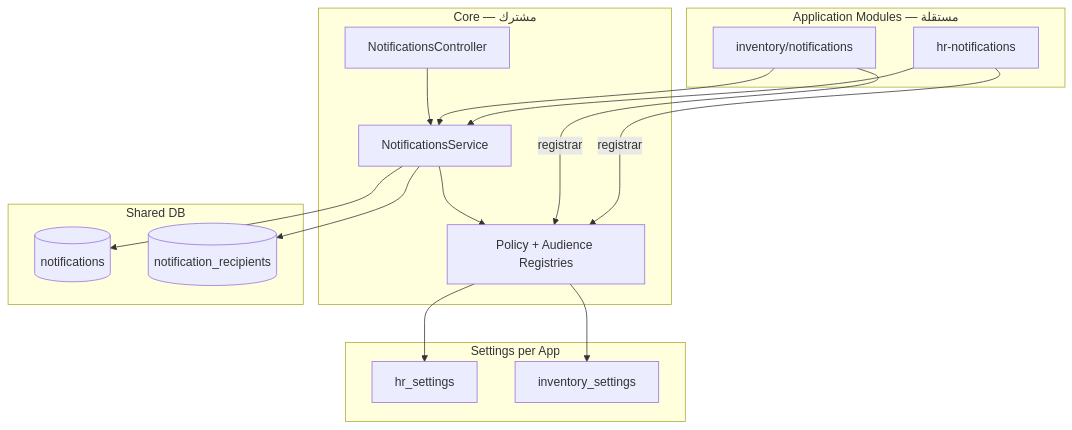
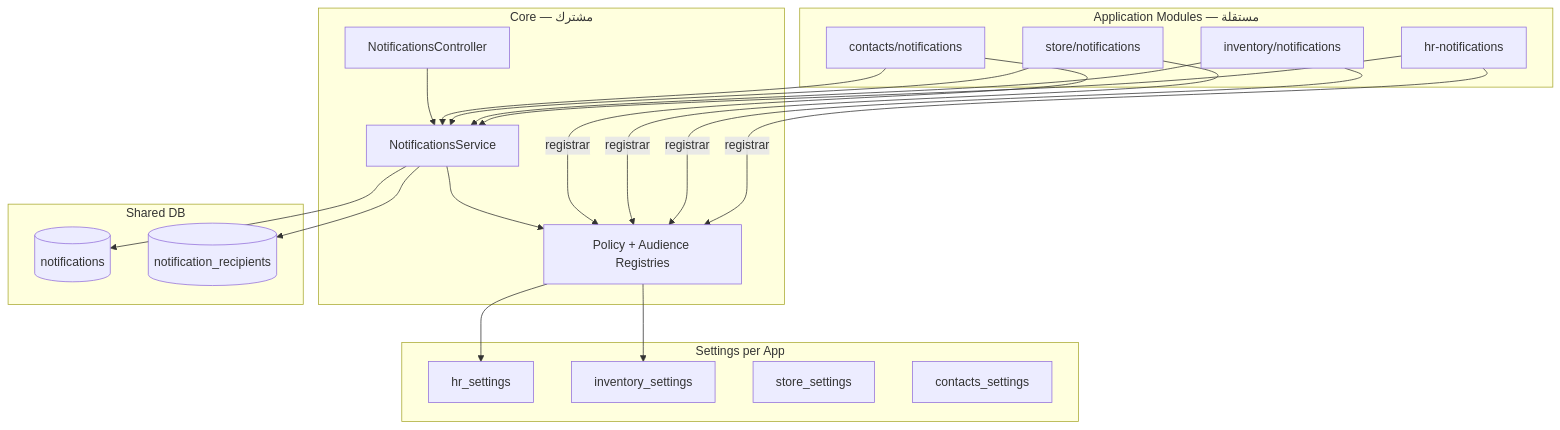
One commit to coderAhmedHamood/hr-frontend changed the diagram in notifications-erp-architecture-frontend.md. Above: the diagram before and after it, drawn with Mermaid. The commit also changed other lines of this file and 13 other files, not shown here.

````diff
--- a/notifications-erp-architecture-frontend.md
+++ b/notifications-erp-architecture-frontend.md
@@ -22,34 +23,42 @@
 ```mermaid
 flowchart TB
   subgraph apps [Application Modules — مستقلة]
     HR[hr-notifications]
     INV[inventory/notifications]
+    STO[store/notifications]
+    CNT[contacts/notifications]
   end
 
   subgraph core [Core — مشترك]
     NS[NotificationsService]
     NC[NotificationsController]
     REG[Policy + Audience Registries]
   end
 
   subgraph settings [Settings per App]
     HRS[hr_settings]
     INVS[inventory_settings]
+    STOS[store_settings]
+    CNTS[contacts_settings]
   end
 
   subgraph storage [Shared DB]
     N[(notifications)]
     NR[(notification_recipients)]
   end
 
   HR -->|registrar| REG
   INV -->|registrar| REG
+  STO -->|registrar| REG
+  CNT -->|registrar| REG
   HR --> NS
   INV --> NS
+  STO --> NS
+  CNT --> NS
   NS --> REG
   REG --> HRS
   REG --> INVS
   NS --> N
   NS --> NR
   NC --> NS
 ```
````
